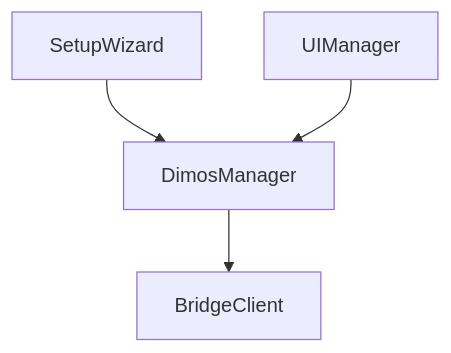
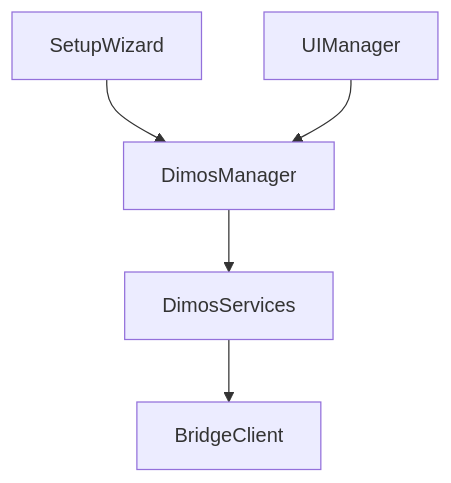
Before and after one commit to V4C38/spectacles-dimensional-os: the second of 3 diagrams in README.md, drawn with Mermaid. The commit also changed other lines of this file and 16 other files, not shown here.

First line of the commit message:
Introduce DimosServices hub and collapse scene wiring.

````diff
--- a/README.md
+++ b/README.md
@@ -99,6 +100,7 @@
 ```mermaid
 flowchart TB
   Setup[SetupWizard] --> Manager[DimosManager]
   UI[UIManager] --> Manager
-  Manager --> Bridge[BridgeClient]
+  Manager --> Services[DimosServices]
+  Services --> Bridge[BridgeClient]
 ```
````
